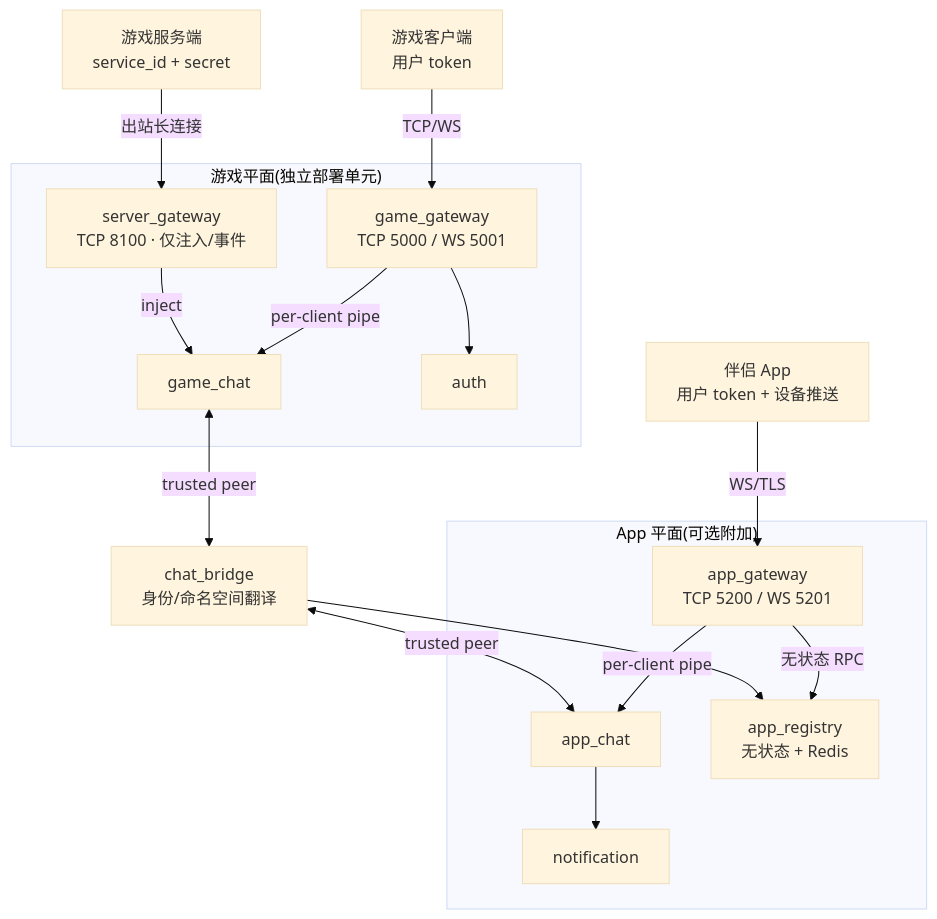
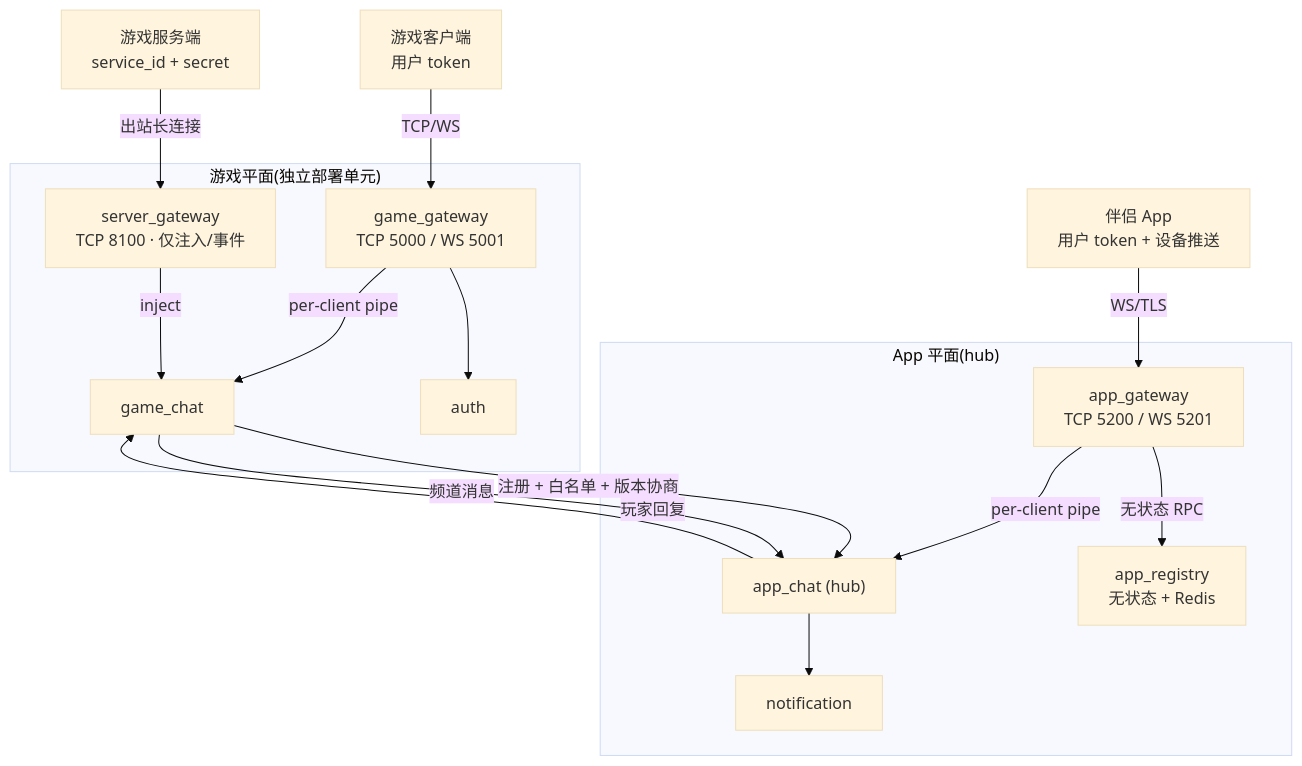
One commit to cuihairu/chirp changed the diagram in README.md. Above: the diagram before and after it, drawn with Mermaid (base theme). The commit also changed other lines of this file and 4 other files, not shown here.

First line of the commit message:
docs: replace chat_bridge with native peer registration protocol

````diff
--- a/README.md
+++ b/README.md
@@ -33,33 +33,33 @@
 ```mermaid
 flowchart TB
     Game["游戏客户端<br/>用户 token"]
     App["伴侣 App<br/>用户 token + 设备推送"]
     GS["游戏服务端<br/>service_id + secret"]
 
     subgraph gp["游戏平面(独立部署单元)"]
         GG["game_gateway<br/>TCP 5000 / WS 5001"]
         GCHAT["game_chat"]
         SG["server_gateway<br/>TCP 8100 · 仅注入/事件"]
         AUTH["auth"]
         GG -->|per-client pipe| GCHAT
         SG -->|inject| GCHAT
         GG --> AUTH
     end
 
-    subgraph ap["App 平面(可选附加)"]
+    subgraph ap["App 平面(hub)"]
         AG["app_gateway<br/>TCP 5200 / WS 5201"]
-        ACHAT["app_chat"]
+        ACHAT["app_chat (hub)"]
         AREG["app_registry<br/>无状态 + Redis"]
         NOTIF["notification"]
         AG -->|per-client pipe| ACHAT
         AG -->|无状态 RPC| AREG
         ACHAT --> NOTIF
     end
 
     Game -- "TCP/WS" --> GG
     App -- "WS/TLS" --> AG
     GS -- "出站长连接" --> SG
-    GCHAT <-->|"trusted peer"| CB["chat_bridge<br/>身份/命名空间翻译"]
-    CB <-->|"trusted peer"| ACHAT
-    CB --> AREG
+    GCHAT -->|"注册 + 白名单 + 版本协商"| ACHAT
+    GCHAT -->|"频道消息"| ACHAT
+    ACHAT -->|"玩家回复"| GCHAT
 ```
````
